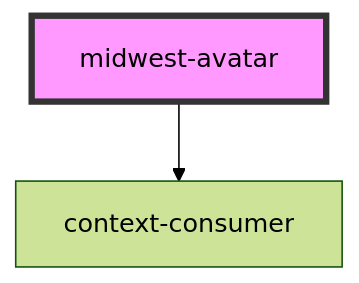
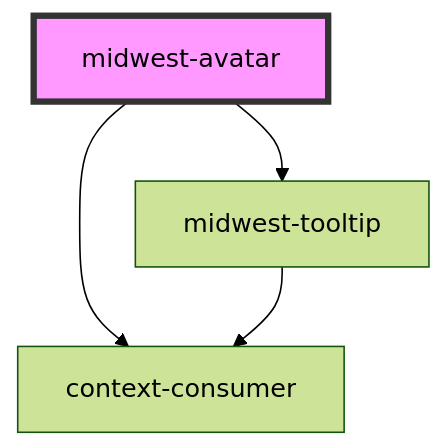
Before and after one commit to splitinfinities/Midwest: the diagram in packages/core/docs/components/avatar/readme.md, drawn with Mermaid (forest theme). The commit also changed other lines of this file and 346 other files, not shown here.

````diff
--- a/packages/core/docs/components/avatar/readme.md
+++ b/packages/core/docs/components/avatar/readme.md
@@ -92,5 +93,7 @@
 ```mermaid
 graph TD;
+  midwest-avatar --> midwest-tooltip
   midwest-avatar --> context-consumer
+  midwest-tooltip --> context-consumer
   style midwest-avatar fill:#f9f,stroke:#333,stroke-width:4px
 ```
````
